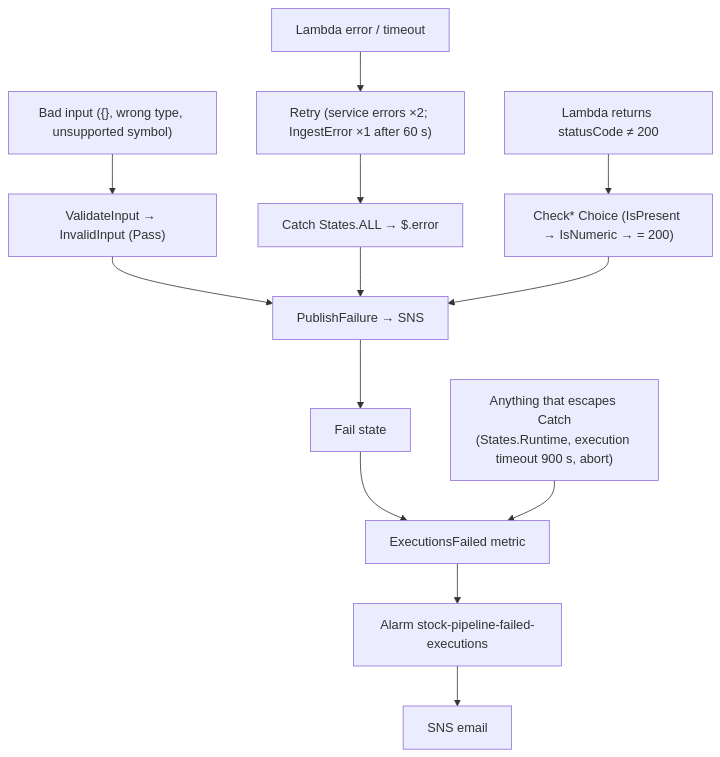
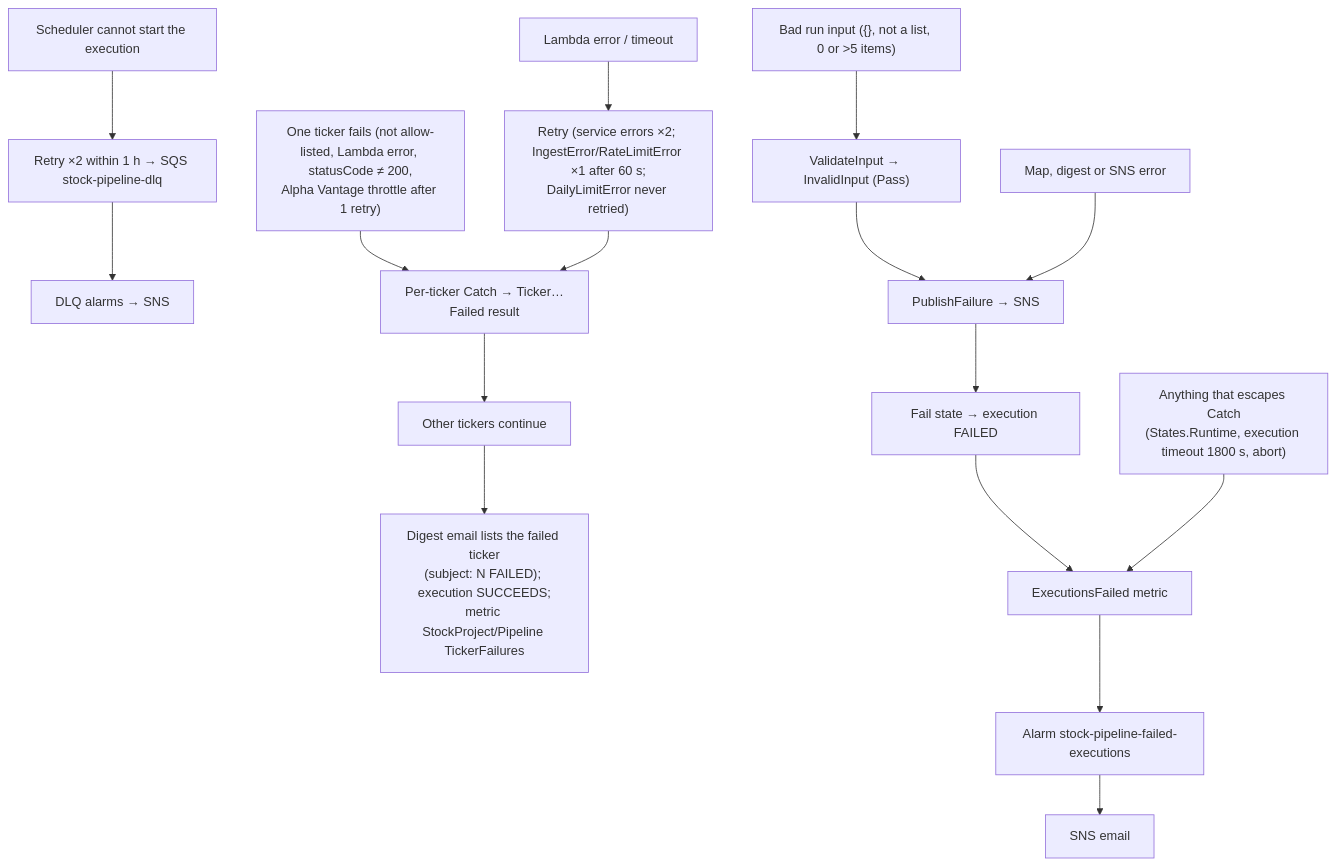
The second of 2 diagrams in docs/architecture.md (hk123-eng/Stock-Project), drawn with Mermaid before and after one commit. The commit also changed other lines of this file and 6 other files, not shown here.

Commit message:
Final docs for the autonomous run: watchlist architecture, inventory, context, demo, README, run report with manual steps and cost

````diff
--- a/docs/architecture.md
+++ b/docs/architecture.md
@@ -80,9 +101,11 @@
 ```mermaid
 flowchart TD
-    E1["Bad input ({}, wrong type, unsupported symbol)"] --> VI["ValidateInput → InvalidInput (Pass)"] --> PF["PublishFailure → SNS"] --> F["Fail state"]
-    E2["Lambda error / timeout"] --> R["Retry (service errors ×2; IngestError ×1 after 60 s)"] --> C["Catch States.ALL → $.error"] --> PF
-    E3["Lambda returns statusCode ≠ 200"] --> CH["Check* Choice (IsPresent → IsNumeric → = 200)"] --> PF
+    E0["Scheduler cannot start the execution"] --> Q["Retry ×2 within 1 h → SQS stock-pipeline-dlq"] --> QA["DLQ alarms → SNS"]
+    E1["Bad run input ({}, not a list, 0 or >5 items)"] --> VI["ValidateInput → InvalidInput (Pass)"] --> PF["PublishFailure → SNS"] --> F["Fail state → execution FAILED"]
+    E5["One ticker fails (not allow-listed, Lambda error, statusCode ≠ 200,<br/>Alpha Vantage throttle after 1 retry)"] --> TF["Per-ticker Catch → Ticker…Failed result"] --> CONT["Other tickers continue"] --> DG["Digest email lists the failed ticker<br/>(subject: N FAILED); execution SUCCEEDS;<br/>metric StockProject/Pipeline TickerFailures"]
+    E2["Lambda error / timeout"] --> R["Retry (service errors ×2; IngestError/RateLimitError ×1 after 60 s;<br/>DailyLimitError never retried)"] --> TF
+    E6["Map, digest or SNS error"] --> PF
     F --> M["ExecutionsFailed metric"]
-    E4["Anything that escapes Catch<br/>(States.Runtime, execution timeout 900 s, abort)"] --> M
+    E4["Anything that escapes Catch<br/>(States.Runtime, execution timeout 1800 s, abort)"] --> M
     M --> A["Alarm stock-pipeline-failed-executions"] --> SNS["SNS email"]
 ```
````
